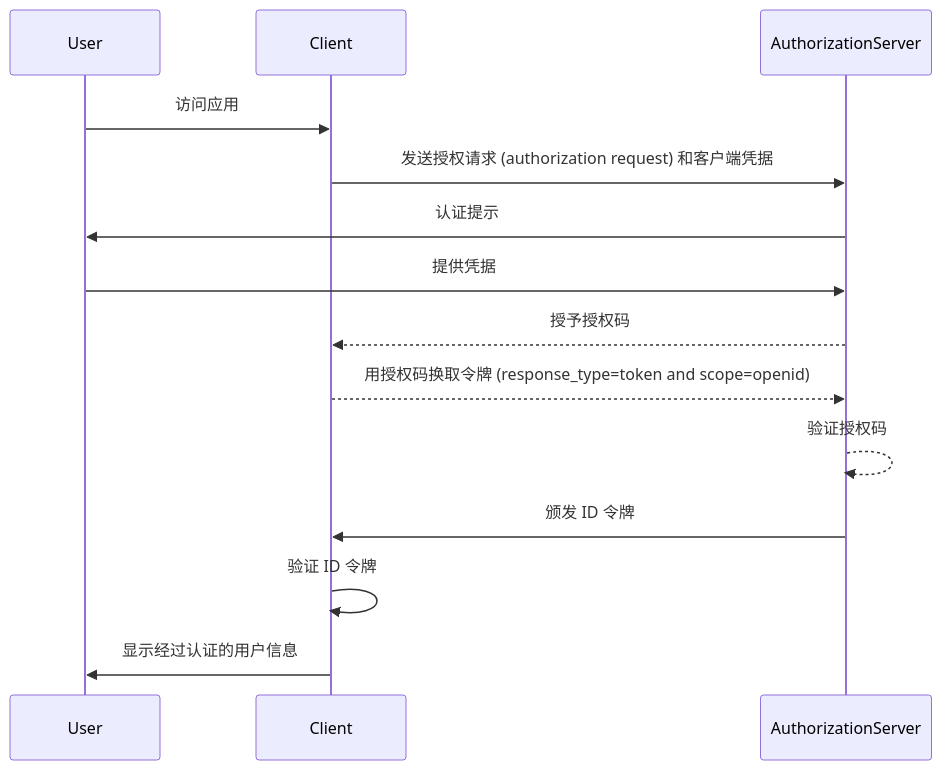
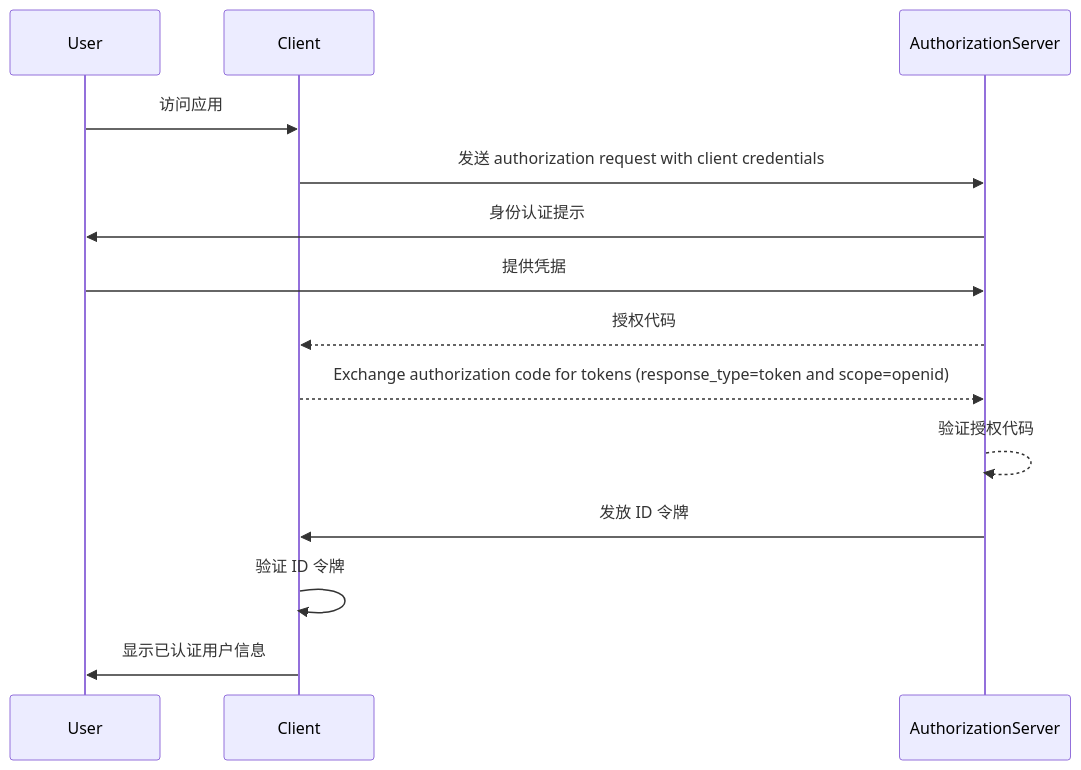
Before and after one commit to logto-io/auth-wiki: the diagram in src/content/terms/zh/id-token.mdx, drawn with Mermaid. The commit also changed other lines of this file and 48 other files, not shown here.

````diff
--- a/src/content/terms/zh/id-token.mdx
+++ b/src/content/terms/zh/id-token.mdx
@@ -19,17 +19,17 @@
 ```mermaid
 sequenceDiagram
     participant User
     participant Client
     participant AuthorizationServer
 
     User->>Client: 访问应用
-    Client->>AuthorizationServer: 发送授权请求 (authorization request) 和客户端凭据
-    AuthorizationServer->>User: 认证提示
+    Client->>AuthorizationServer: 发送 authorization request with client credentials
+    AuthorizationServer->>User: 身份认证提示
     User->>AuthorizationServer: 提供凭据
-    AuthorizationServer-->>Client: 授予授权码
-    Client-->>AuthorizationServer: 用授权码换取令牌 (response_type=token and scope=openid)
-    AuthorizationServer-->>AuthorizationServer: 验证授权码
-    AuthorizationServer->>Client: 颁发 ID 令牌
+    AuthorizationServer-->>Client: 授权代码
+    Client-->>AuthorizationServer: Exchange authorization code for tokens (response_type=token and scope=openid)
+    AuthorizationServer-->>AuthorizationServer: 验证授权代码
+    AuthorizationServer->>Client: 发放 ID 令牌
     Client->>Client: 验证 ID 令牌
-    Client->>User: 显示经过认证的用户信息
+    Client->>User: 显示已认证用户信息
 ```
````
